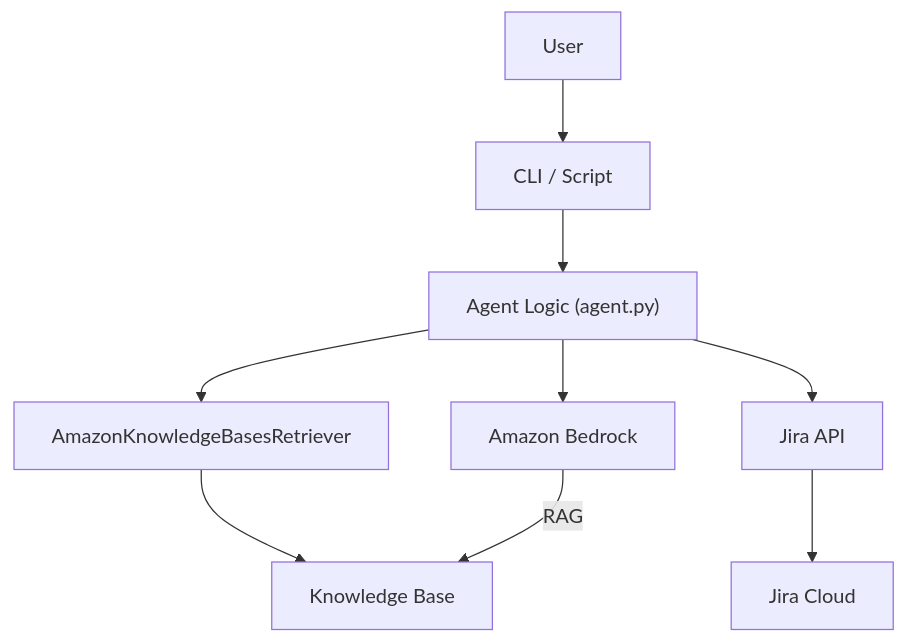
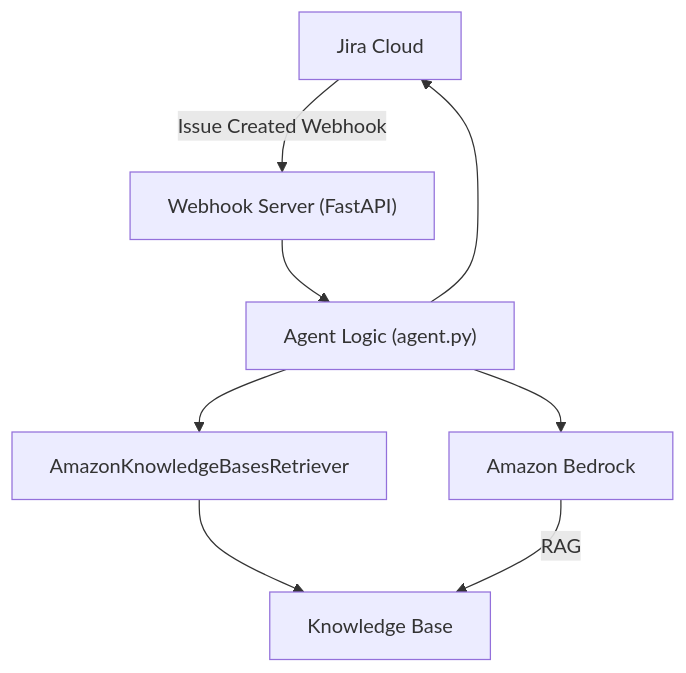
One commit to AgnesYYQ/jira-rag-assistant changed the first of 2 diagrams in README.md. Above: the diagram before and after it, drawn with Mermaid. The commit also changed other lines of this file and 5 other files, not shown here.

Commit message:
Trigger Agent on JIRA Creation

````diff
--- a/README.md
+++ b/README.md
@@ -16,21 +18,17 @@
 ```mermaid
 graph TD
-
-  User["User"]
-  CLI["CLI / Script"]
+  Jira["Jira Cloud"]
+  Webhook["Webhook Server (FastAPI)"]
   Agent["Agent Logic (agent.py)"]
   Bedrock["Amazon Bedrock"]
   Retriever["AmazonKnowledgeBasesRetriever"]
-  JiraAPI["Jira API"]
   KnowledgeBase["Knowledge Base"]
-  JiraCloud["Jira Cloud"]
 
-  User --> CLI
-  CLI --> Agent
+  Jira -- Issue Created Webhook --> Webhook
+  Webhook --> Agent
   Agent --> Bedrock
   Agent --> Retriever
-  Agent --> JiraAPI
   Retriever --> KnowledgeBase
   Bedrock -->|RAG| KnowledgeBase
-  JiraAPI --> JiraCloud
+  Agent --> Jira
 ```
````
